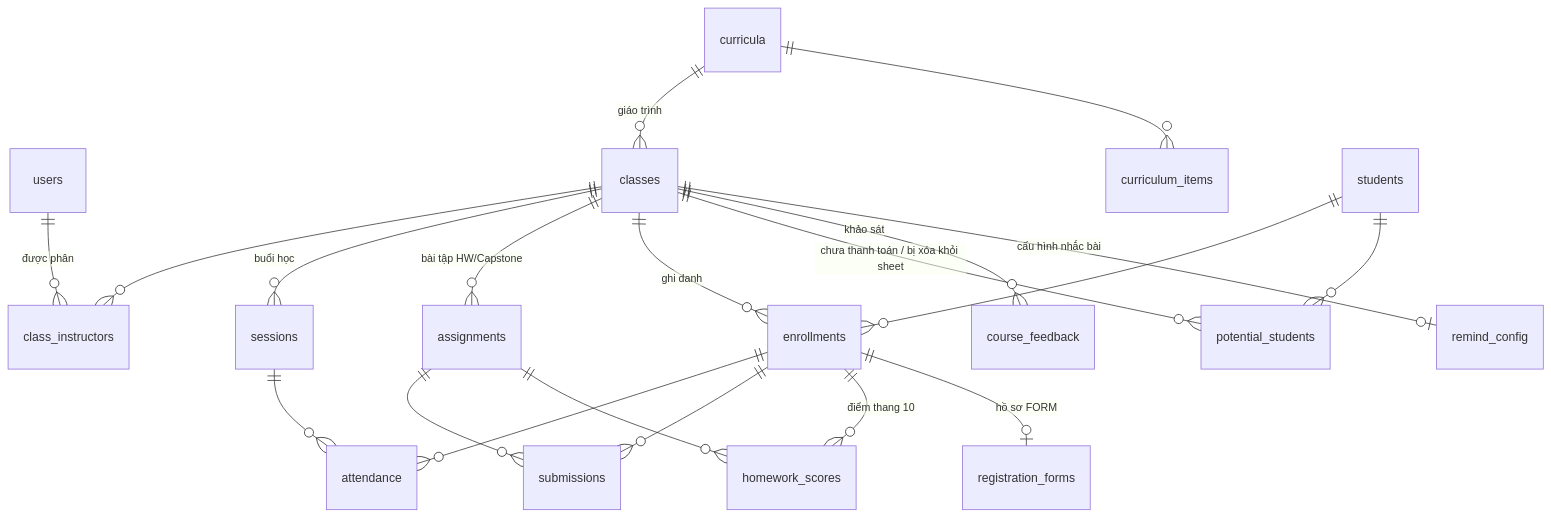
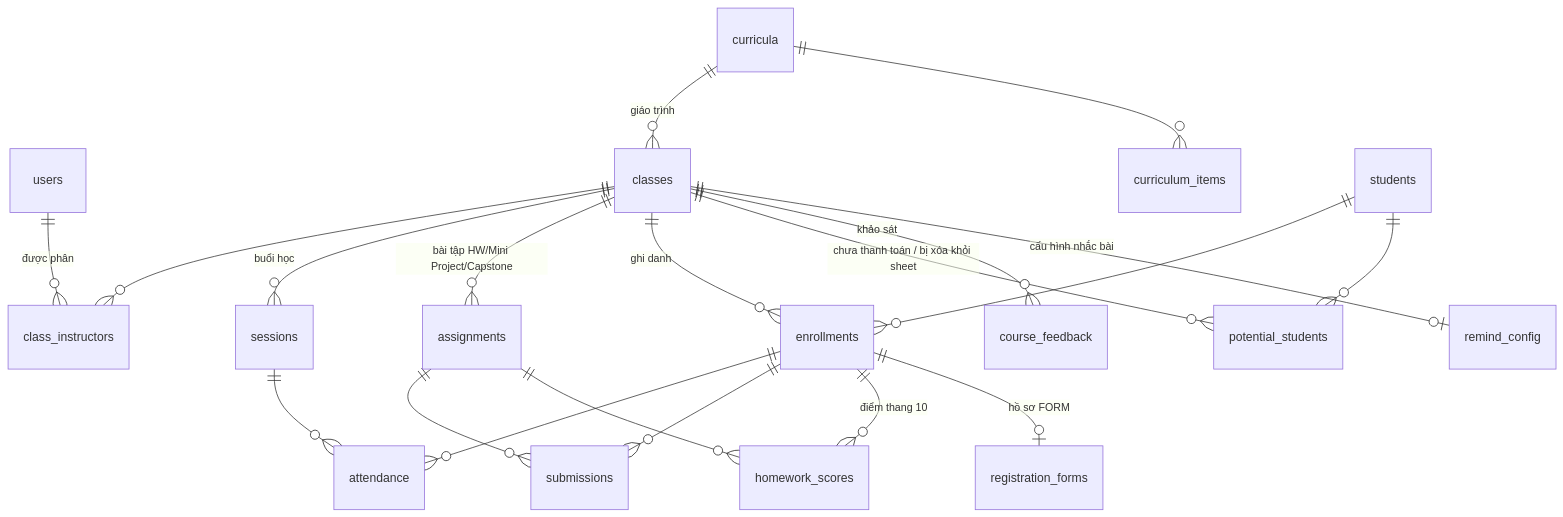
Before and after one commit to fuku-tn/class-manager: the second of 6 diagrams in DESIGN.md, drawn with Mermaid. The commit also changed other lines of this file and 14 other files, not shown here.

Commit message:
Mini Project: loại bài mới (MP1, MP2…) nhận điểm từ Sheet, tự tạo cột, không tính % HW

````diff
--- a/DESIGN.md
+++ b/DESIGN.md
@@ -84,22 +84,22 @@
 ```mermaid
 erDiagram
   users ||--o{ class_instructors : "được phân"
   classes ||--o{ class_instructors : ""
   curricula ||--o{ classes : "giáo trình"
   curricula ||--o{ curriculum_items : ""
   classes ||--o{ sessions : "buổi học"
-  classes ||--o{ assignments : "bài tập HW/Capstone"
+  classes ||--o{ assignments : "bài tập HW/Mini Project/Capstone"
   classes ||--o{ enrollments : "ghi danh"
   students ||--o{ enrollments : ""
   enrollments ||--o{ attendance : ""
   sessions ||--o{ attendance : ""
   enrollments ||--o{ submissions : ""
   assignments ||--o{ submissions : ""
   enrollments ||--o{ homework_scores : "điểm thang 10"
   assignments ||--o{ homework_scores : ""
   classes ||--o{ potential_students : "chưa thanh toán / bị xóa khỏi sheet"
   students ||--o{ potential_students : ""
   enrollments ||--o| registration_forms : "hồ sơ FORM"
   classes ||--o{ course_feedback : "khảo sát"
   classes ||--o| remind_config : "cấu hình nhắc bài"
 ```
````
